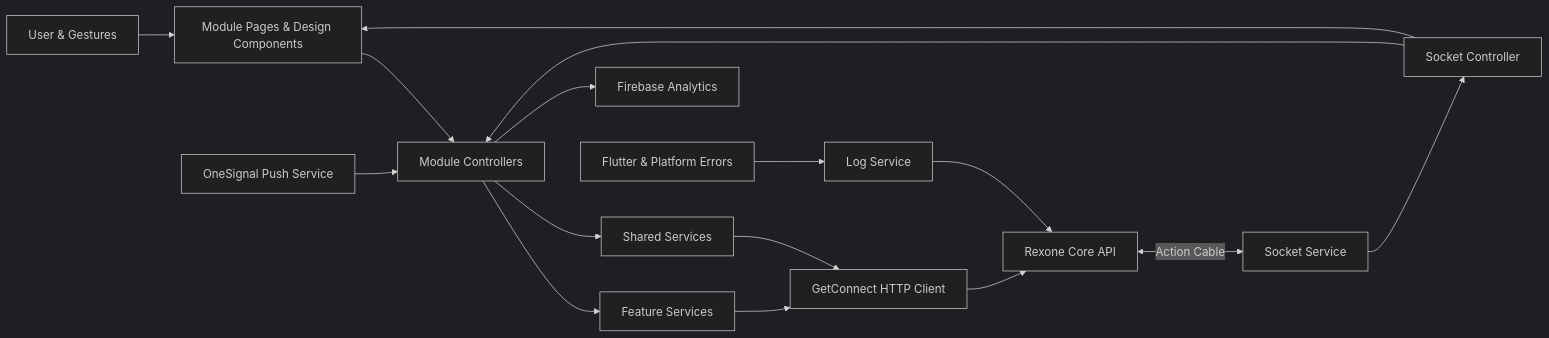
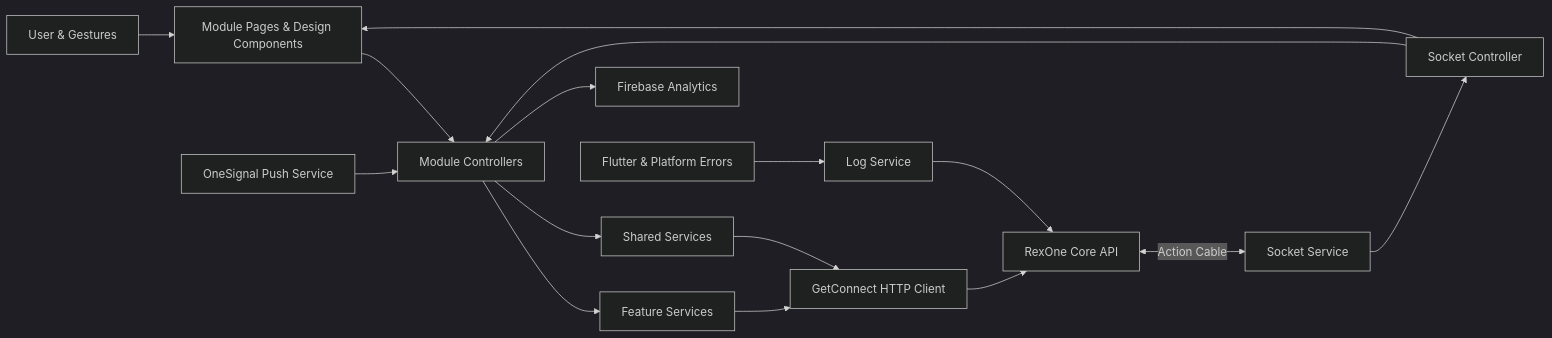
One commit to rex-9/rexone-mobile changed the diagram in README.md. Above: the diagram before and after it, drawn with Mermaid (dark theme). The commit also changed other lines of this file and 2 other files, not shown here.

````diff
--- a/README.md
+++ b/README.md
@@ -109,20 +116,20 @@
 ```mermaid
 flowchart LR
     User[User & Gestures] --> UI[Module Pages & Design Components]
     UI --> Controllers[Module Controllers]
     Controllers --> FeatureSvc[Feature Services]
     Controllers --> SharedSvc[Shared Services]
     FeatureSvc --> API[GetConnect HTTP Client]
     SharedSvc --> API
-    API --> Core[Rexone Core API]
+    API --> Core[RexOne Core API]
 
     Core <-->|Action Cable| Socket[Socket Service]
     Socket --> SocketCtrl[Socket Controller]
     SocketCtrl --> Controllers
     SocketCtrl --> UI
 
     OneSignal[OneSignal Push Service] --> Controllers
     Controllers --> Analytics[Firebase Analytics]
     Runtime[Flutter & Platform Errors] --> LogService[Log Service]
     LogService --> Core
 ```
````
